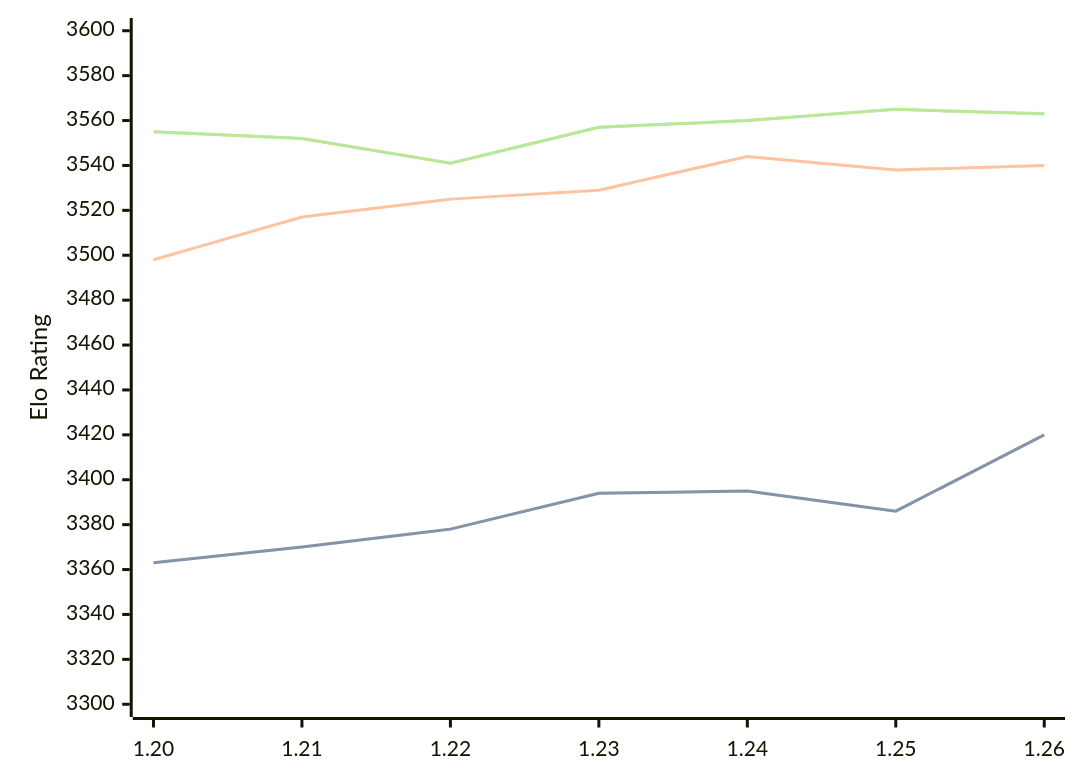
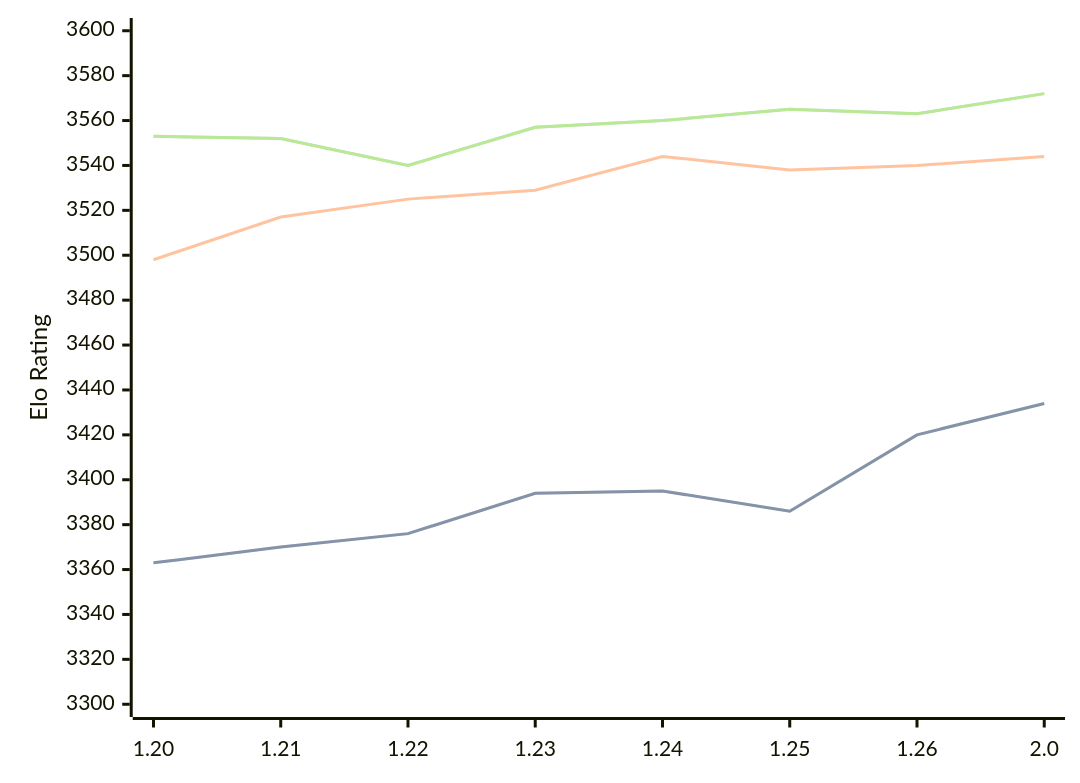
Before and after one commit to computer-chess-index/cci: the diagram in engines/Caissa.md, drawn with Mermaid. The commit also changed other lines of this file, not shown here.

Commit message:
Update CCI Ratings (ELO VLTC) - 2026-09-21

````diff
--- a/engines/Caissa.md
+++ b/engines/Caissa.md
@@ -38,11 +39,11 @@
 ```mermaid
 %%{init: {"theme":"base","themeVariables":{"seriesColors:['#a3a3a3','#222221','#faa371']}}}%%
 xychart-beta
-  x-axis ["1.20", "1.21", "1.22", "1.23", "1.24", "1.25", "1.26"]
+  x-axis ["1.20", "1.21", "1.22", "1.23", "1.24", "1.25", "1.26", "2.0"]
   y-axis "Elo Rating" 3300 --> 3600
-  line "" [3363, 3370, 3378, 3394, 3395, 3386, 3420]
-  line "STC (8.0+0.08s)" [3363, 3370, 3378, 3394, 3395, 3386, 3420]
-  line "LTC (60.0+0.60s)" [3498, 3517, 3525, 3529, 3544, 3538, 3540]
-  line "" [3555, 3552, 3541, 3557, 3560, 3565, 3563]
-  line "VLTC (2m24s+1.12s)" [3555, 3552, 3541, 3557, 3560, 3565, 3563]
+  line "" [3363, 3370, 3376, 3394, 3395, 3386, 3420, 3434]
+  line "STC (8.0+0.08s)" [3363, 3370, 3376, 3394, 3395, 3386, 3420, 3434]
+  line "LTC (60.0+0.60s)" [3498, 3517, 3525, 3529, 3544, 3538, 3540, 3544]
+  line "" [3553, 3552, 3540, 3557, 3560, 3565, 3563, 3572]
+  line "VLTC (2m24s+1.12s)" [3553, 3552, 3540, 3557, 3560, 3565, 3563, 3572]
 ```
````
